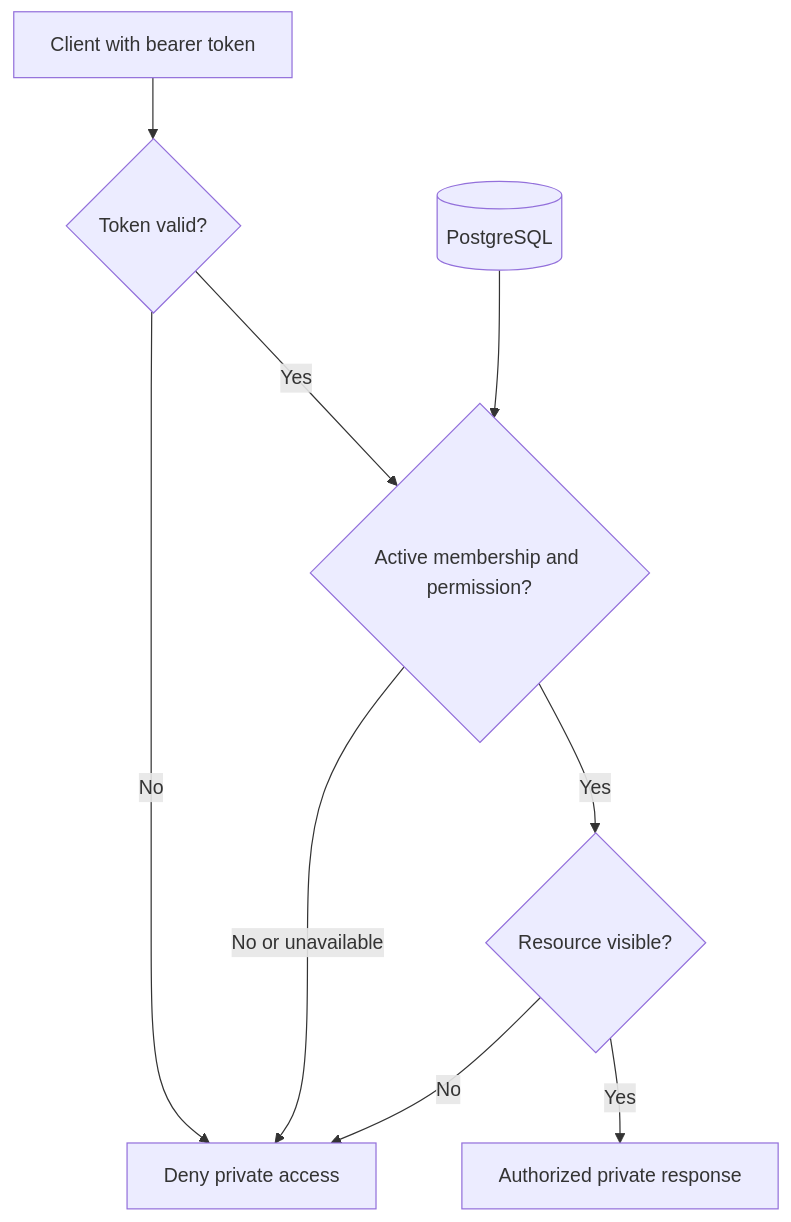
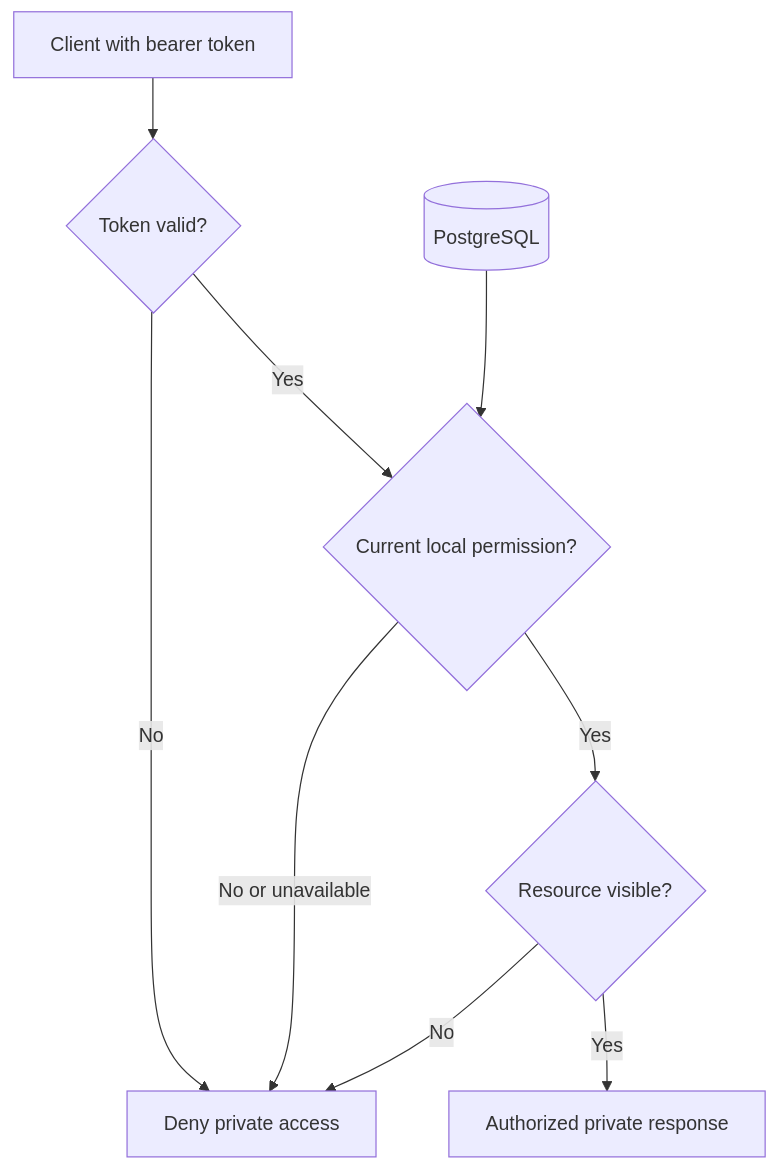
The first of 3 diagrams in docs/architecture/authentication-and-authorization.md (SeWieland/ShutterSpool), drawn with Mermaid before and after one commit. The commit also changed other lines of this file and 56 other files, not shown here.

````diff
--- a/docs/architecture/authentication-and-authorization.md
+++ b/docs/architecture/authentication-and-authorization.md
@@ -14,11 +14,11 @@
 ```mermaid
 flowchart TD
     Client[Client with bearer token] --> Token{Token valid?}
     Token -->|No| Deny[Deny private access]
-    Token -->|Yes| Grant{Active membership and permission?}
+    Token -->|Yes| Grant{Current local permission?}
     DB[(PostgreSQL)] --> Grant
     Grant -->|No or unavailable| Deny
     Grant -->|Yes| Scope{Resource visible?}
     Scope -->|No| Deny
     Scope -->|Yes| Data[Authorized private response]
 ```
````
